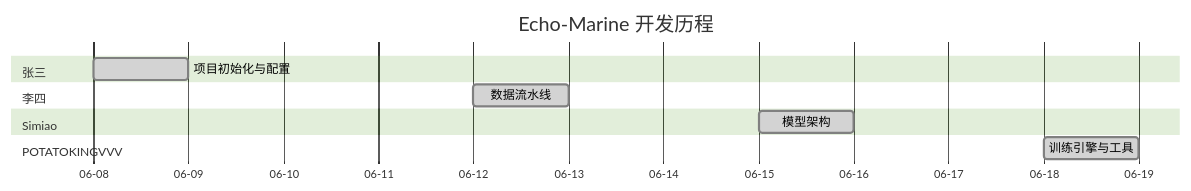
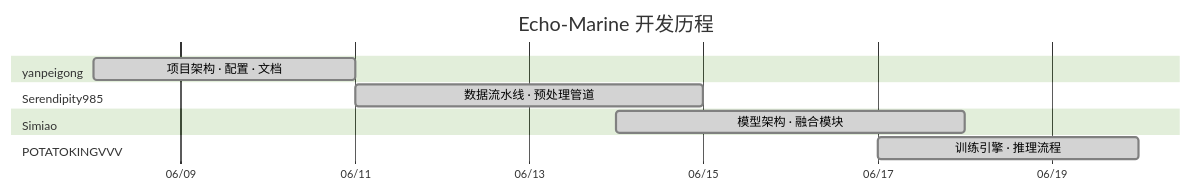
The diagram in README.md (yanpeigong/Echo-Marine), drawn with Mermaid (forest theme) before and after one commit. The commit also changed other lines of this file, not shown here.

First line of the commit message:
@ docs: 优化 README 排版 — 章节间距拉开，甘特图美化，署名修正

````diff
--- a/README.md
+++ b/README.md
@@ -309,18 +405,20 @@
 ```mermaid
 gantt
     title Echo-Marine 开发历程
     dateFormat  YYYY-MM-DD
-    axisFormat  %m-%d
+    axisFormat  %m/%d
+    tickInterval 2day
+    todayMarker off
 
-    section 张三
-    项目初始化与配置          :done, a1, 2026-06-08, 1d
+    section yanpeigong
+    项目架构 · 配置 · 文档     :done, a1, 2026-06-08, 3d
 
-    section 李四
-    数据流水线                :done, a2, 2026-06-12, 1d
+    section Serendipity985
+    数据流水线 · 预处理管道    :done, a2, 2026-06-11, 4d
 
     section Simiao
-    模型架构                  :done, a3, 2026-06-15, 1d
+    模型架构 · 融合模块        :done, a3, 2026-06-14, 4d
 
     section POTATOKINGVVV
-    训练引擎与工具            :done, a4, 2026-06-18, 1d
+    训练引擎 · 推理流程        :done, a4, 2026-06-17, 3d
 ```
````
